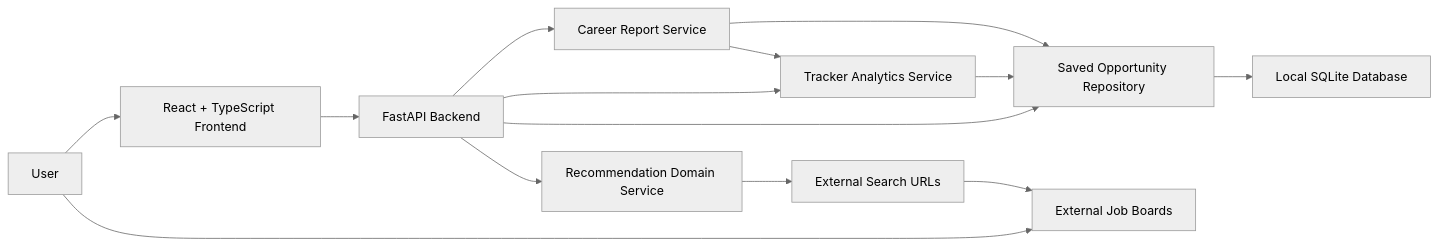
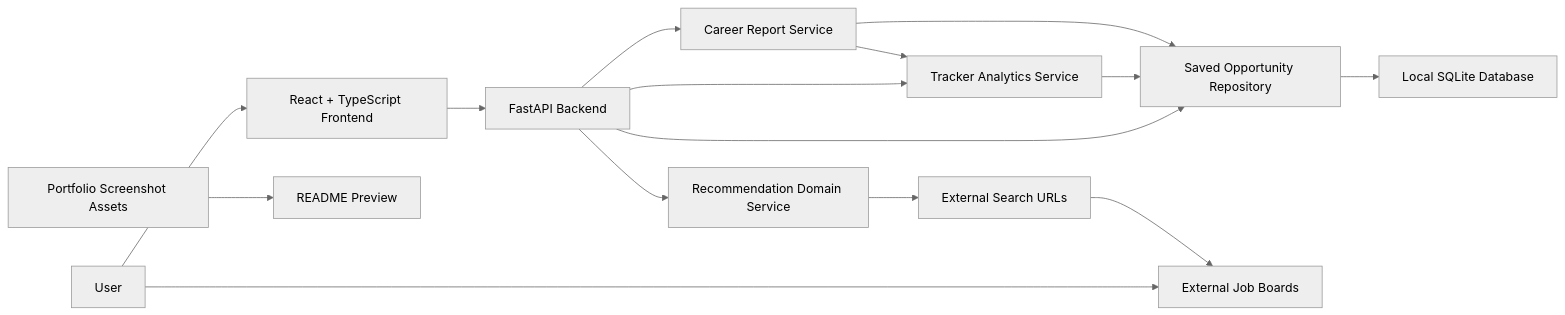
Before and after one commit to Justindwinata/JobTrackr: the first of 5 diagrams in docs/SYSTEM_ARCHITECTURE.md, drawn with Mermaid (neutral theme). The commit also changed other lines of this file and 7 other files, not shown here.

Commit message:
docs: finalize portfolio showcase assets

````diff
--- a/docs/SYSTEM_ARCHITECTURE.md
+++ b/docs/SYSTEM_ARCHITECTURE.md
@@ -7,16 +7,17 @@
 ```mermaid
 flowchart LR
     User["User"] --> Frontend["React + TypeScript Frontend"]
     Frontend --> API["FastAPI Backend"]
     API --> Domain["Recommendation Domain Service"]
     API --> Repo["Saved Opportunity Repository"]
     API --> Tracker["Tracker Analytics Service"]
     API --> Reports["Career Report Service"]
     Repo --> SQLite["Local SQLite Database"]
     Tracker --> Repo
     Reports --> Tracker
     Reports --> Repo
     Domain --> Links["External Search URLs"]
+    Screenshots["Portfolio Screenshot Assets"] --> README["README Preview"]
     User --> Boards["External Job Boards"]
     Links --> Boards
 ```
````
